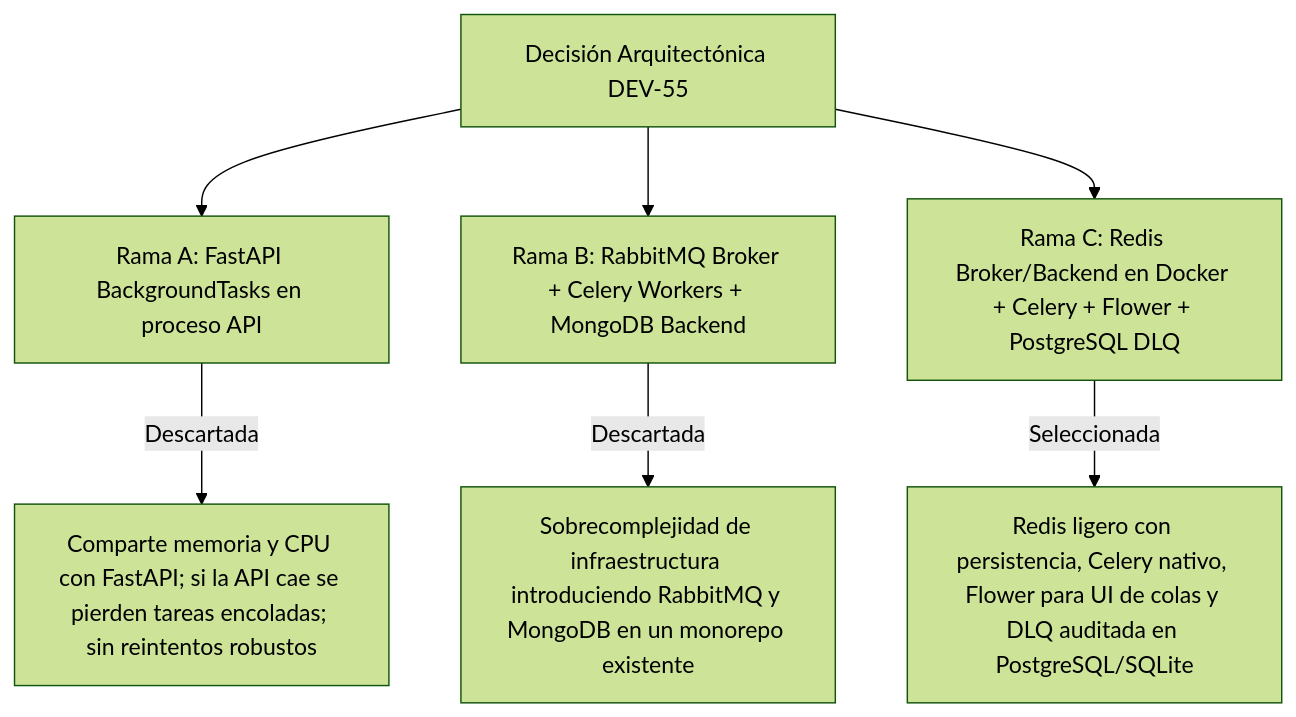
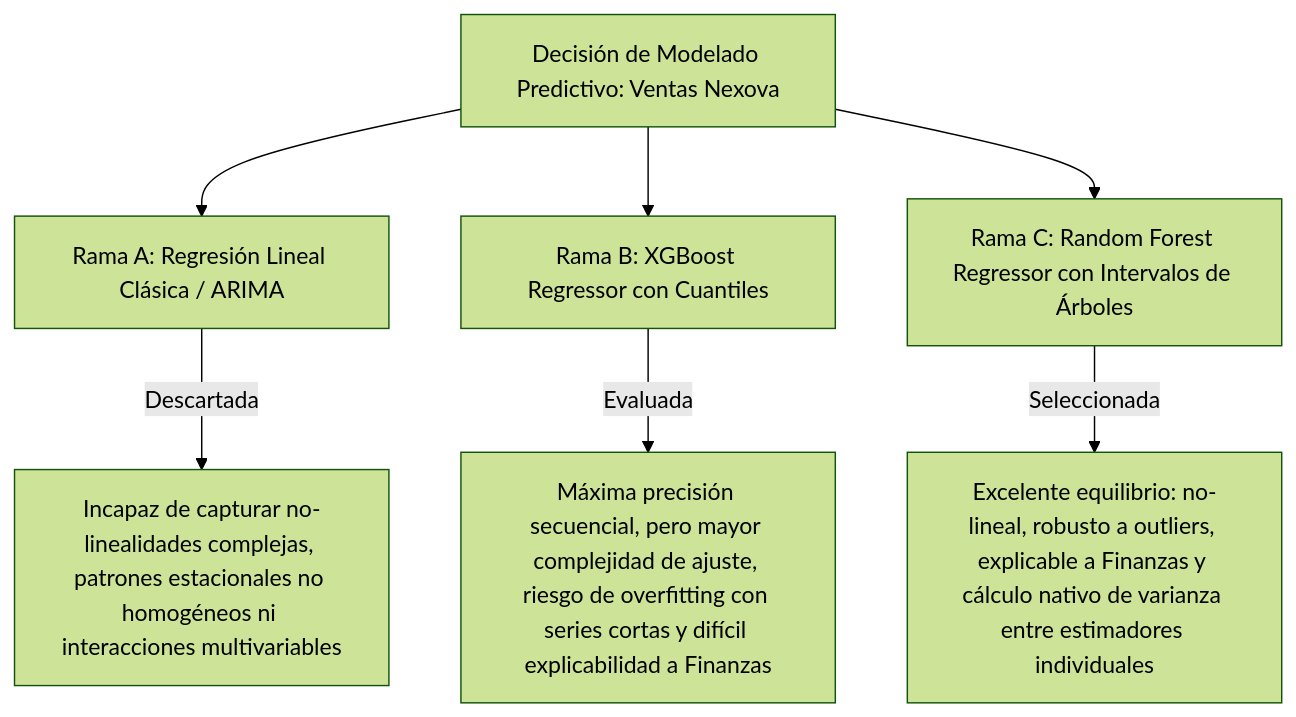
Before and after one commit to 4GeeksAcademy/ai-engineering-company-project-monorepo: the diagram in .github/implementation-plan.md, drawn with Mermaid (forest theme). The commit also changed other lines of this file and 17 other files, not shown here.

Commit message:
feat(ml): implementacion de modelo predictivo de ventas con random forest y evaluacion multimetrica

````diff
--- a/.github/implementation-plan.md
+++ b/.github/implementation-plan.md
@@ -30,10 +28,10 @@
 ```mermaid
 flowchart TD
-    Root[Decisión Arquitectónica DEV-55] --> A[Rama A: FastAPI BackgroundTasks en proceso API]
-    Root --> B[Rama B: RabbitMQ Broker + Celery Workers + MongoDB Backend]
-    Root --> C[Rama C: Redis Broker/Backend en Docker + Celery + Flower + PostgreSQL DLQ]
+    Root[Decisión de Modelado Predictivo: Ventas Nexova] --> A[Rama A: Regresión Lineal Clásica / ARIMA]
+    Root --> B[Rama B: XGBoost Regressor con Cuantiles]
+    Root --> C[Rama C: Random Forest Regressor con Intervalos de Árboles]
     
-    A -->|Descartada| A1[Comparte memoria y CPU con FastAPI; si la API cae se pierden tareas encoladas; sin reintentos robustos]
-    B -->|Descartada| B1[Sobrecomplejidad de infraestructura introduciendo RabbitMQ y MongoDB en un monorepo existente]
-    C -->|Seleccionada| C1[Redis ligero con persistencia, Celery nativo, Flower para UI de colas y DLQ auditada en PostgreSQL/SQLite]
+    A -->|Descartada| A1[Incapaz de capturar no-linealidades complejas, patrones estacionales no homogéneos ni interacciones multivariables]
+    B -->|Evaluada| B1[Máxima precisión secuencial, pero mayor complejidad de ajuste, riesgo de overfitting con series cortas y difícil explicabilidad a Finanzas]
+    C -->|Seleccionada| C1[Excelente equilibrio: no-lineal, robusto a outliers, explicable a Finanzas y cálculo nativo de varianza entre estimadores individuales]
 ```
````
